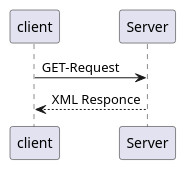
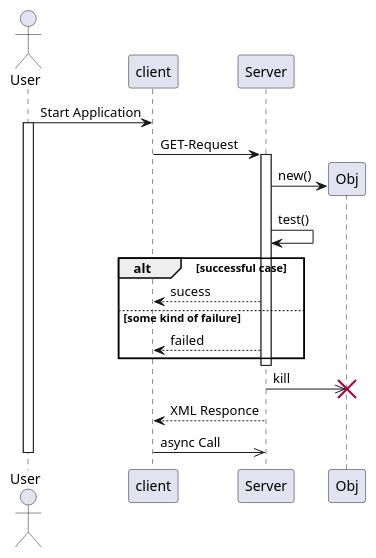
One commit to jtuttas/VSCodeExamples changed the diagram in UML/sequenz.wsd. Above: the diagram before and after it, drawn with PlantUML. The commit also changed 8 other files, not shown here.

Commit message:
Mit UML Snippets

```diff
--- a/UML/sequenz.wsd
+++ b/UML/sequenz.wsd
@@ -1,4 +1,21 @@
 @startuml
+actor User
+User -> client: Start Application
+activate User
 client -> Server: GET-Request
+activate Server
+create Obj
+Server -> Obj: new()
+Server -> Server: test()
+alt successful case
+Server --> client: sucess    
+else some kind of failure
+Server --> client: failed
+end    
+deactivate Server
+Server ->> Obj:kill
+destroy Obj
 client <-- Server: XML Responce
+client ->> Server: async Call
+deactivate User
 @enduml
```
